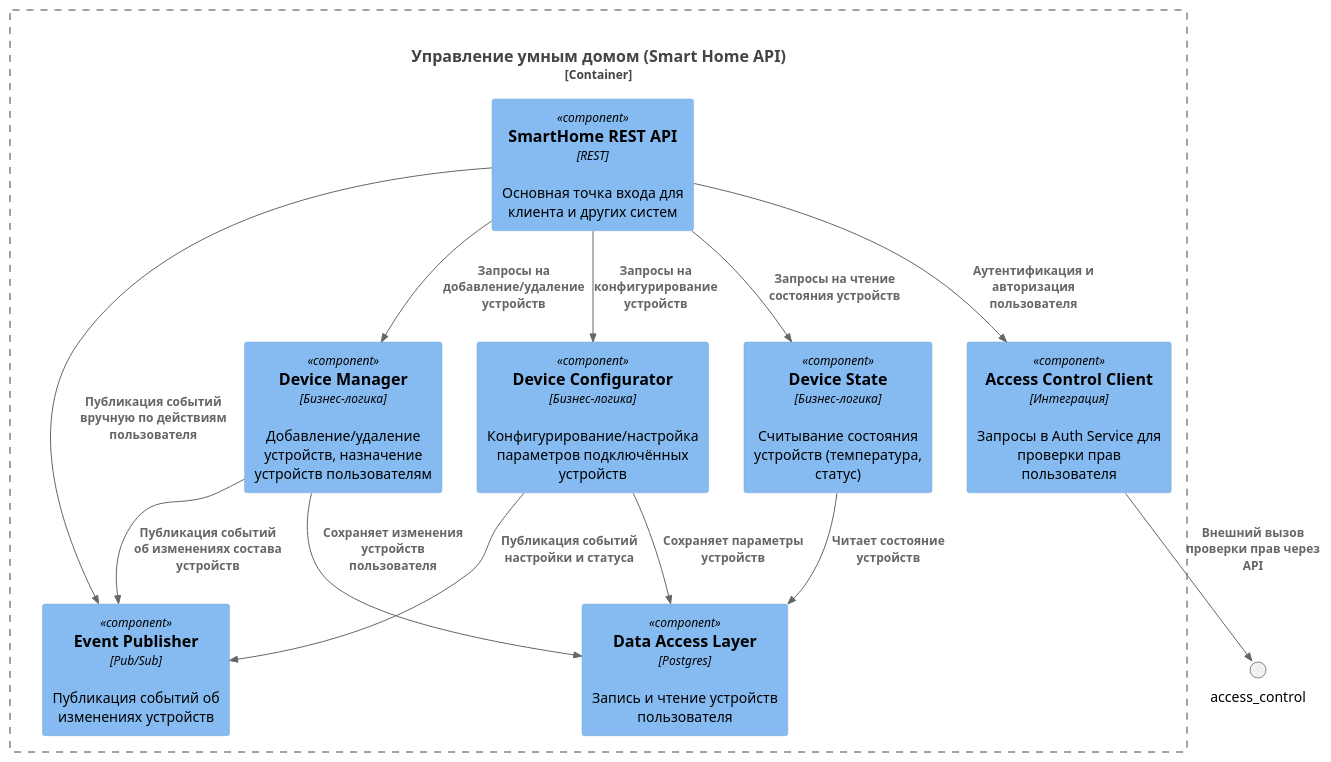
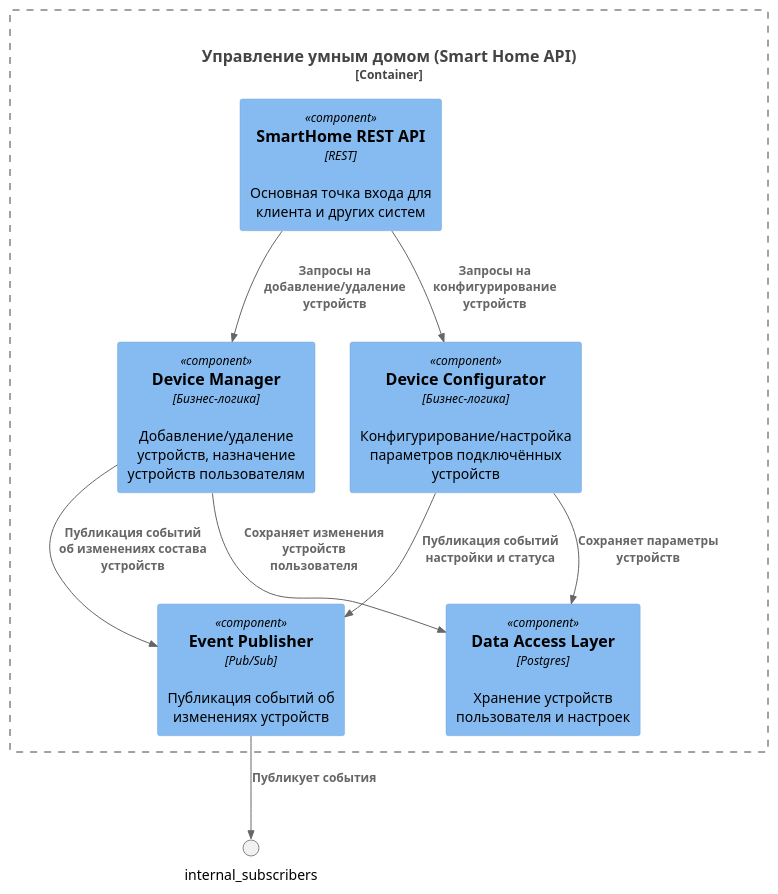
Before and after one commit to Savonaro1a/architecture-warmhouse: the diagram in docs/smart_home_container.puml, drawn with PlantUML. The commit also changed 1 other file, not shown here.

Commit message:
diagrams final

```diff
--- a/docs/smart_home_container.puml
+++ b/docs/smart_home_container.puml
@@ -1,30 +1,25 @@
 @startuml
 !include <C4/C4_Container>
 !include <C4/C4_Context.puml>
 !include <C4/C4_Container.puml>
 !include <C4/C4_Component.puml>
 !include <C4/C4.puml>
 !include https://raw.githubusercontent.com/plantuml-stdlib/C4-PlantUML/master/C4_Component.puml
 
 Container_Boundary(smart_home, "Управление умным домом (Smart Home API)") {
   Component(api, "SmartHome REST API", "REST", "Основная точка входа для клиента и других систем")
   Component(device_manager, "Device Manager", "Бизнес-логика", "Добавление/удаление устройств, назначение устройств пользователям")
   Component(device_configurator, "Device Configurator", "Бизнес-логика", "Конфигурирование/настройка параметров подключённых устройств")
-  Component(device_state_service, "Device State", "Бизнес-логика", "Считывание состояния устройств (температура, статус)")
-  Component(access_client, "Access Control Client", "Интеграция", "Запросы в Auth Service для проверки прав пользователя")
   Component(device_event_publisher, "Event Publisher", "Pub/Sub", "Публикация событий об изменениях устройств")
-  Component(db_access, "Data Access Layer", "Postgres", "Запись и чтение устройств пользователя")
+  Component(db_access, "Data Access Layer", "Postgres", "Хранение устройств пользователя и настроек")
 }
+
 
 Rel(api, device_manager, "Запросы на добавление/удаление устройств")
 Rel(api, device_configurator, "Запросы на конфигурирование устройств")
-Rel(api, device_state_service, "Запросы на чтение состояния устройств")
-Rel(api, access_client, "Аутентификация и авторизация пользователя")
 Rel(device_manager, db_access, "Сохраняет изменения устройств пользователя")
 Rel(device_configurator, db_access, "Сохраняет параметры устройств")
-Rel(device_state_service, db_access, "Читает состояние устройств")
 Rel(device_manager, device_event_publisher, "Публикация событий об изменениях состава устройств")
 Rel(device_configurator, device_event_publisher, "Публикация событий настройки и статуса")
-Rel(api, device_event_publisher, "Публикация событий вручную по действиям пользователя")
-Rel(access_client, access_control, "Внешний вызов проверки прав через API")
+Rel(device_event_publisher, internal_subscribers, "Публикует события")
 @enduml
```
